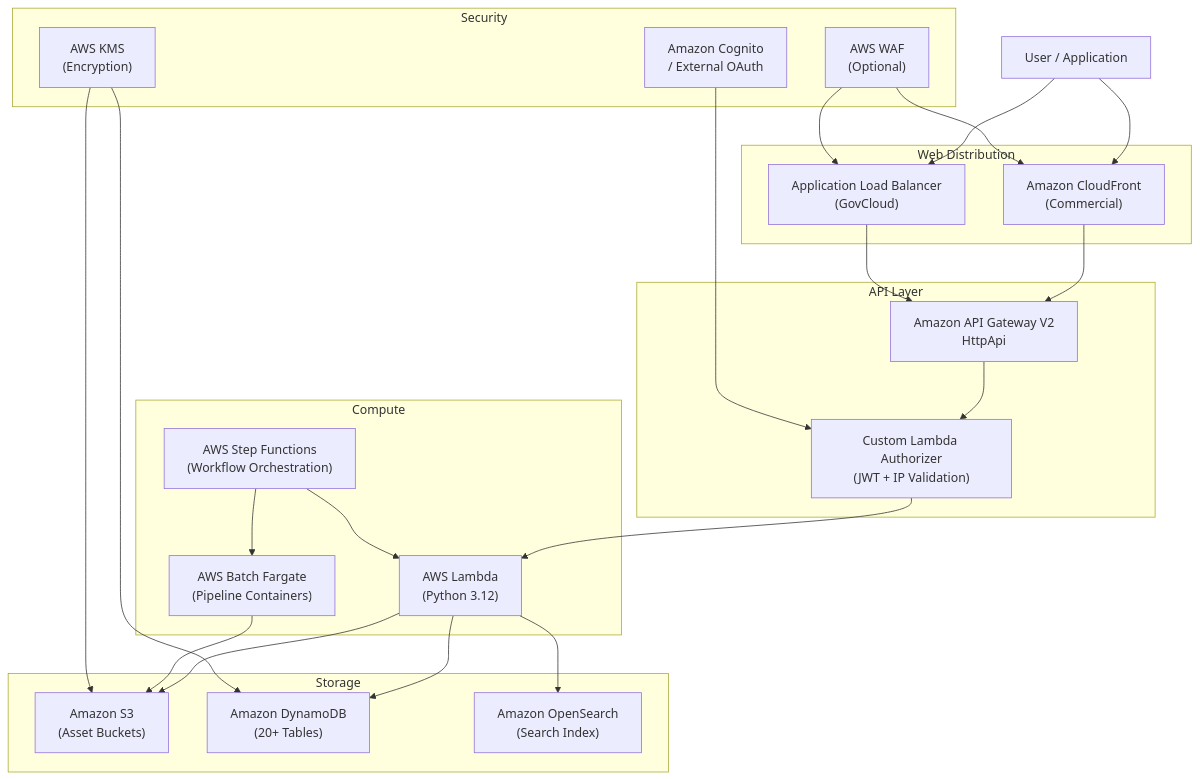
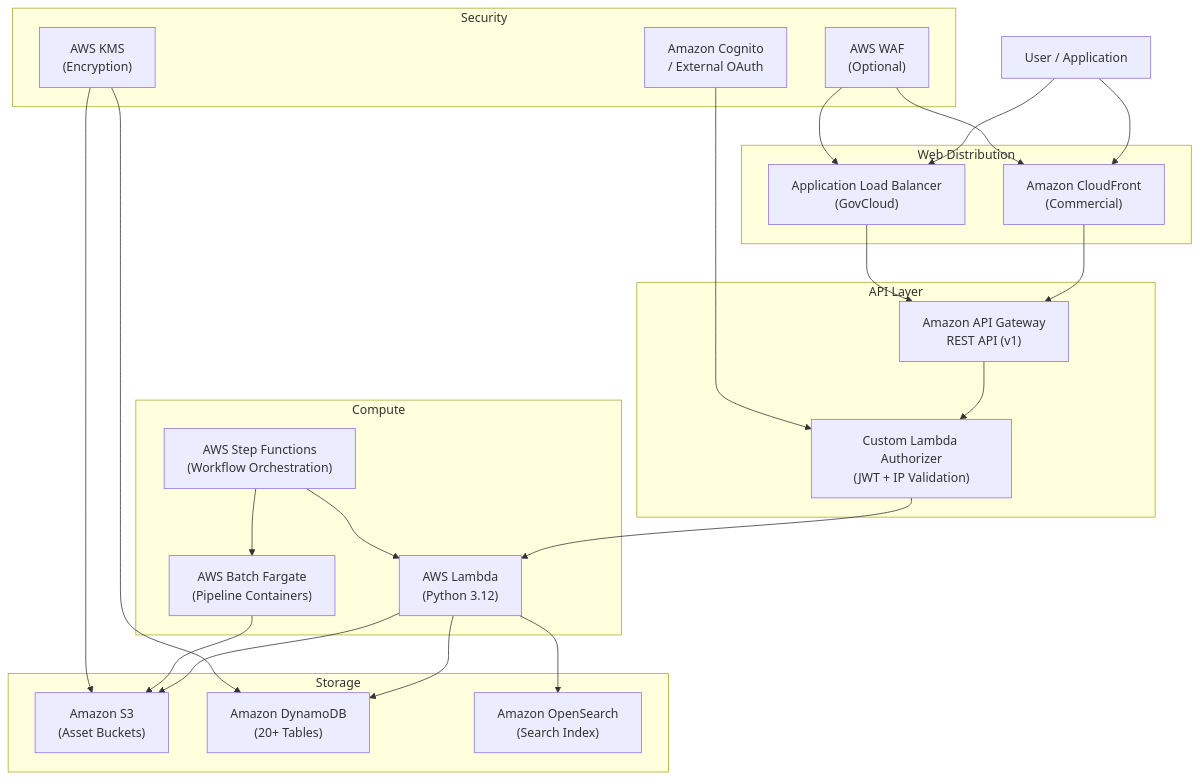
One commit to awslabs/visual-asset-management-system changed the diagram in documentation/docusaurus-site/docs/overview/solution-overview.md. Above: the diagram before and after it, drawn with Mermaid. The commit also changed other lines of this file and 2239 other files, not shown here.

````diff
--- a/documentation/docusaurus-site/docs/overview/solution-overview.md
+++ b/documentation/docusaurus-site/docs/overview/solution-overview.md
@@ -101,50 +102,50 @@
 ```mermaid
 graph TB
     User["User / Application"]
 
     subgraph "Web Distribution"
         CF["Amazon CloudFront<br/>(Commercial)"]
         ALB["Application Load Balancer<br/>(GovCloud)"]
     end
 
     subgraph "API Layer"
-        APIGW["Amazon API Gateway V2<br/>HttpApi"]
+        APIGW["Amazon API Gateway<br/>REST API (v1)"]
         AUTH["Custom Lambda Authorizer<br/>(JWT + IP Validation)"]
     end
 
     subgraph "Compute"
         LAMBDA["AWS Lambda<br/>(Python 3.12)"]
         BATCH["AWS Batch Fargate<br/>(Pipeline Containers)"]
         SF["AWS Step Functions<br/>(Workflow Orchestration)"]
     end
 
     subgraph "Storage"
         S3["Amazon S3<br/>(Asset Buckets)"]
         DDB["Amazon DynamoDB<br/>(20+ Tables)"]
         OS["Amazon OpenSearch<br/>(Search Index)"]
     end
 
     subgraph "Security"
         COG["Amazon Cognito<br/>/ External OAuth"]
         KMS["AWS KMS<br/>(Encryption)"]
         WAF["AWS WAF<br/>(Optional)"]
     end
 
     User --> CF
     User --> ALB
     CF --> APIGW
     ALB --> APIGW
     APIGW --> AUTH
     AUTH --> LAMBDA
     LAMBDA --> DDB
     LAMBDA --> S3
     LAMBDA --> OS
     SF --> LAMBDA
     SF --> BATCH
     BATCH --> S3
     COG --> AUTH
     KMS --> S3
     KMS --> DDB
     WAF --> CF
     WAF --> ALB
 ```
````
